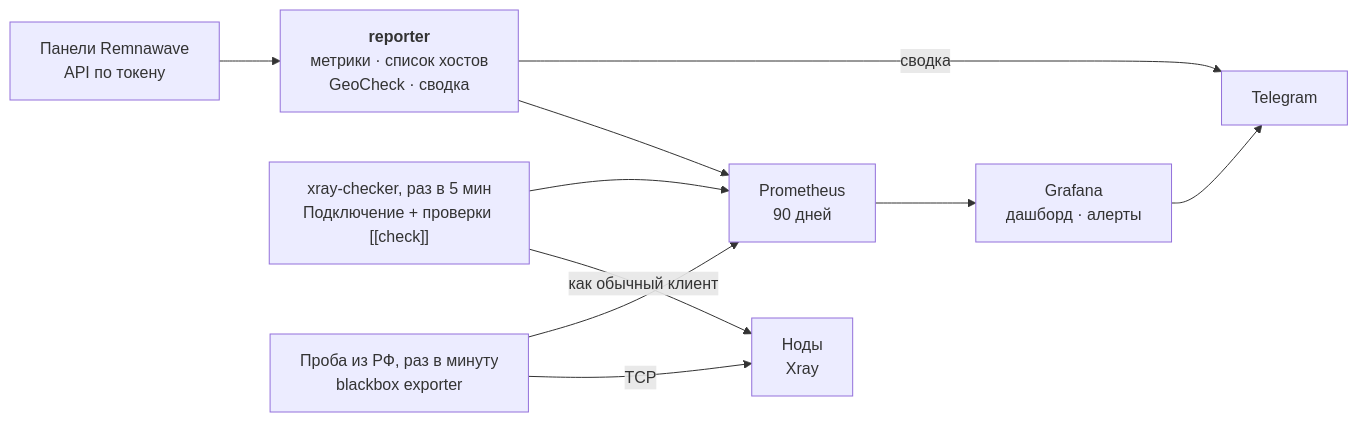
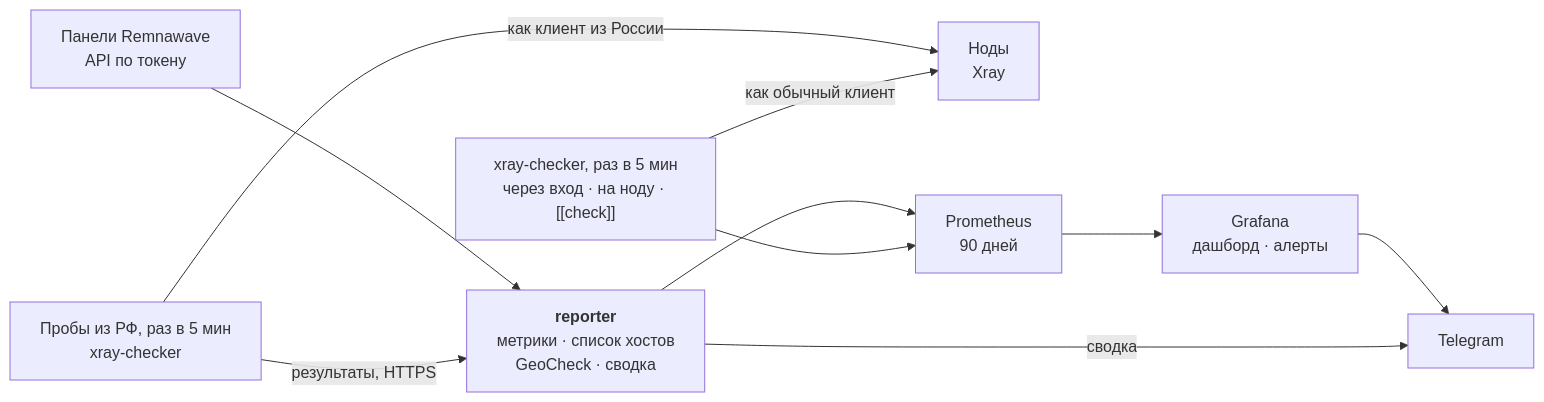
Before and after one commit to 3APA3A-3AHO3A/remnawave-monitoring: the diagram in README.md, drawn with Mermaid. The commit also changed other lines of this file and 27 other files, not shown here.

````diff
--- a/README.md
+++ b/README.md
@@ -47,12 +47,12 @@
 ```mermaid
 flowchart LR
     P["Панели Remnawave<br/>API по токену"] --> R["<b>reporter</b><br/>метрики · список хостов<br/>GeoCheck · сводка"]
-    X["xray-checker, раз в 5 мин<br/>Подключение + проверки [[check]]"] -- "как обычный клиент" --> N["Ноды<br/>Xray"]
-    B["Проба из РФ, раз в минуту<br/>blackbox exporter"] -- TCP --> N
+    B["Пробы из РФ, раз в 5 мин<br/>xray-checker"] -- "как клиент из России" --> N["Ноды<br/>Xray"]
+    X["xray-checker, раз в 5 мин<br/>через вход · на ноду · [[check]]"] -- "как обычный клиент" --> N
+    B -- "результаты, HTTPS" --> R
     R --> M["Prometheus<br/>90 дней"]
     X --> M
-    B --> M
     M --> G["Grafana<br/>дашборд · алерты"]
     G --> T["Telegram"]
     R -- "сводка" --> T
 ```
````
